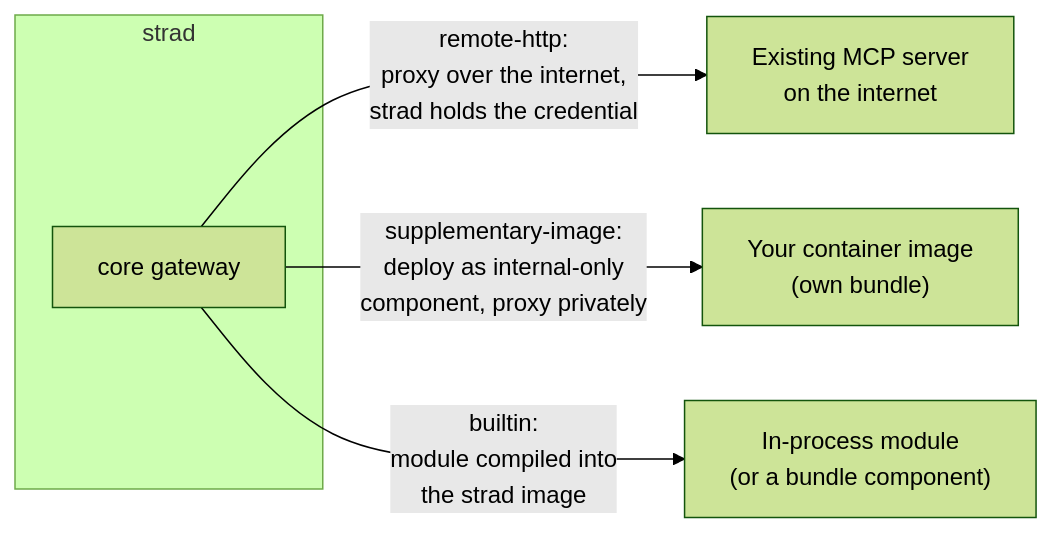
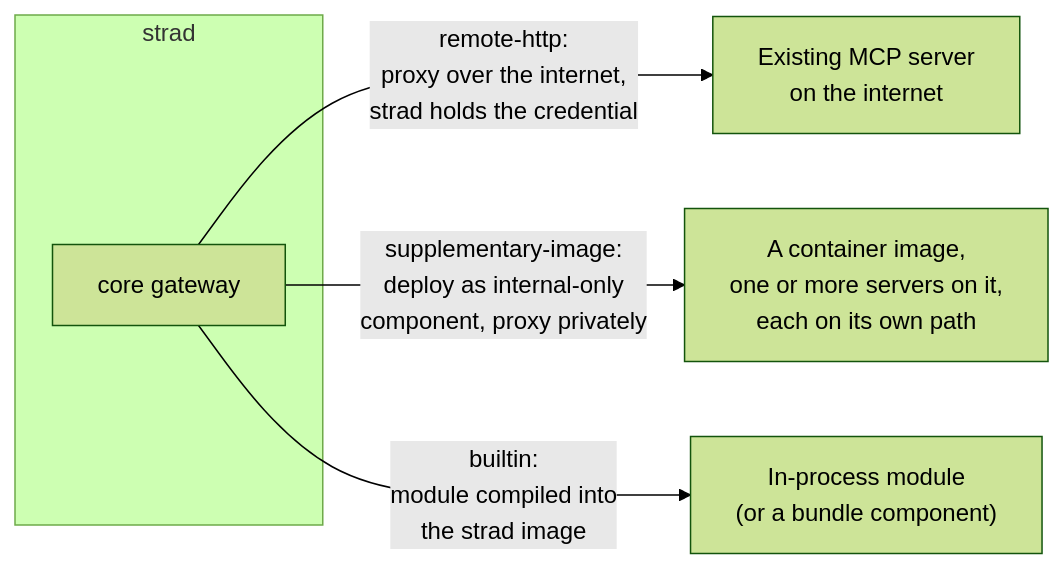
One commit to tadasant/strad changed the diagram in docs/src/content/docs/servers/interface.md. Above: the diagram before and after it, drawn with Mermaid (forest theme). The commit also changed other lines of this file and 36 other files, not shown here.

````diff
--- a/docs/src/content/docs/servers/interface.md
+++ b/docs/src/content/docs/servers/interface.md
@@ -36,9 +44,9 @@
 ```mermaid
 flowchart LR
     subgraph strad["strad"]
         G["core gateway"]
     end
     G -->|"remote-http:<br/>proxy over the internet,<br/>strad holds the credential"| RH["Existing MCP server<br/>on the internet"]
-    G -->|"supplementary-image:<br/>deploy as internal-only<br/>component, proxy privately"| SI["Your container image<br/>(own bundle)"]
+    G -->|"supplementary-image:<br/>deploy as internal-only<br/>component, proxy privately"| SI["A container image,<br/>one or more servers on it,<br/>each on its own path"]
     G -->|"builtin:<br/>module compiled into<br/>the strad image"| BI["In-process module<br/>(or a bundle component)"]
 ```
````
